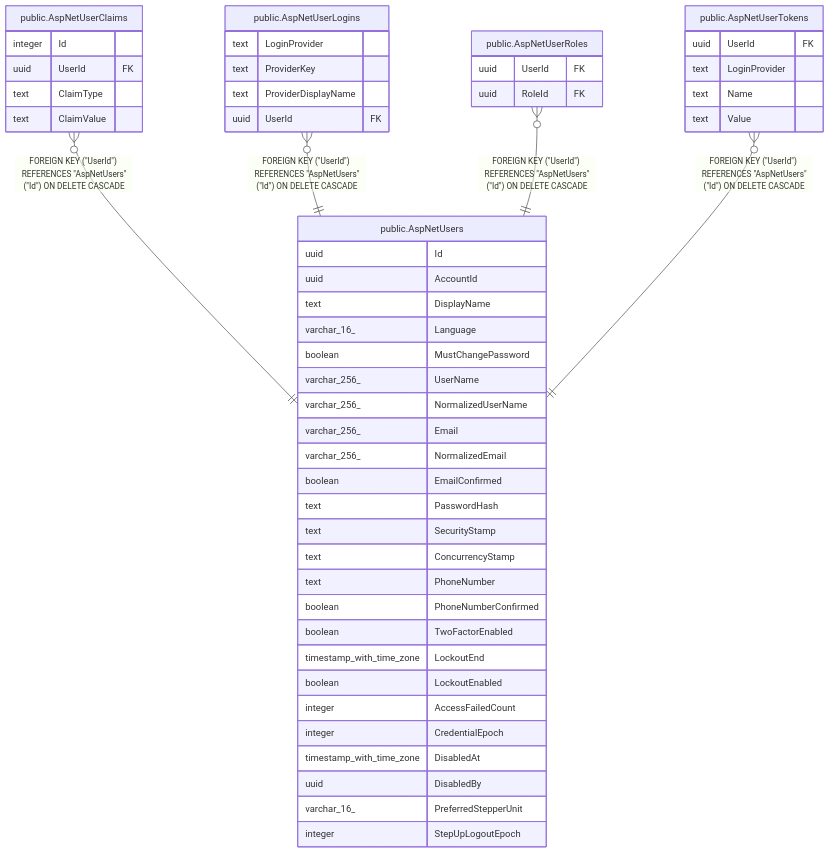
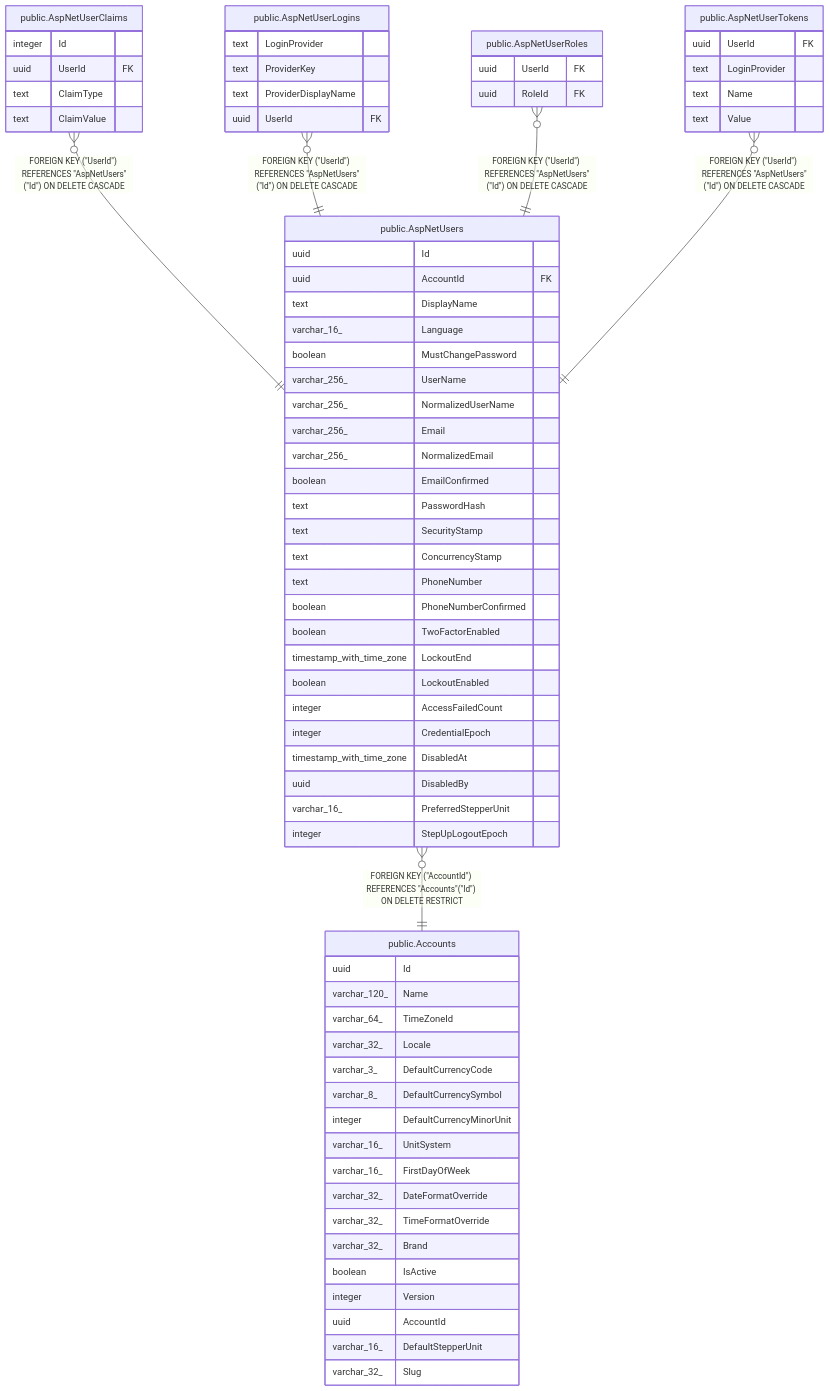
Before and after one commit to mforce/cluckwork: the diagram in docs/schema/public.AspNetUsers.md, drawn with Mermaid. The commit also changed other lines of this file and 104 other files, not shown here.

First line of the commit message:
feat!: log in by farm code, with per-account email identity (#532) (#564)

````diff
--- a/docs/schema/public.AspNetUsers.md
+++ b/docs/schema/public.AspNetUsers.md
@@ -64,57 +69,77 @@
 ```mermaid
 erDiagram
 
 "public.AspNetUserClaims" }o--|| "public.AspNetUsers" : "FOREIGN KEY (#quot;UserId#quot;) REFERENCES #quot;AspNetUsers#quot;(#quot;Id#quot;) ON DELETE CASCADE"
 "public.AspNetUserLogins" }o--|| "public.AspNetUsers" : "FOREIGN KEY (#quot;UserId#quot;) REFERENCES #quot;AspNetUsers#quot;(#quot;Id#quot;) ON DELETE CASCADE"
 "public.AspNetUserRoles" }o--|| "public.AspNetUsers" : "FOREIGN KEY (#quot;UserId#quot;) REFERENCES #quot;AspNetUsers#quot;(#quot;Id#quot;) ON DELETE CASCADE"
 "public.AspNetUserTokens" }o--|| "public.AspNetUsers" : "FOREIGN KEY (#quot;UserId#quot;) REFERENCES #quot;AspNetUsers#quot;(#quot;Id#quot;) ON DELETE CASCADE"
+"public.AspNetUsers" }o--|| "public.Accounts" : "FOREIGN KEY (#quot;AccountId#quot;) REFERENCES #quot;Accounts#quot;(#quot;Id#quot;) ON DELETE RESTRICT"
 
 "public.AspNetUsers" {
   uuid Id
-  uuid AccountId
+  uuid AccountId FK
   text DisplayName
   varchar_16_ Language
   boolean MustChangePassword
   varchar_256_ UserName
   varchar_256_ NormalizedUserName
   varchar_256_ Email
   varchar_256_ NormalizedEmail
   boolean EmailConfirmed
   text PasswordHash
   text SecurityStamp
   text ConcurrencyStamp
   text PhoneNumber
   boolean PhoneNumberConfirmed
   boolean TwoFactorEnabled
   timestamp_with_time_zone LockoutEnd
   boolean LockoutEnabled
   integer AccessFailedCount
   integer CredentialEpoch
   timestamp_with_time_zone DisabledAt
   uuid DisabledBy
   varchar_16_ PreferredStepperUnit
   integer StepUpLogoutEpoch
 }
 "public.AspNetUserClaims" {
   integer Id
   uuid UserId FK
   text ClaimType
   text ClaimValue
 }
 "public.AspNetUserLogins" {
   text LoginProvider
   text ProviderKey
   text ProviderDisplayName
   uuid UserId FK
 }
 "public.AspNetUserRoles" {
   uuid UserId FK
   uuid RoleId FK
 }
 "public.AspNetUserTokens" {
   uuid UserId FK
   text LoginProvider
   text Name
   text Value
 }
+"public.Accounts" {
+  uuid Id
+  varchar_120_ Name
+  varchar_64_ TimeZoneId
+  varchar_32_ Locale
+  varchar_3_ DefaultCurrencyCode
+  varchar_8_ DefaultCurrencySymbol
+  integer DefaultCurrencyMinorUnit
+  varchar_16_ UnitSystem
+  varchar_16_ FirstDayOfWeek
+  varchar_32_ DateFormatOverride
+  varchar_32_ TimeFormatOverride
+  varchar_32_ Brand
+  boolean IsActive
+  integer Version
+  uuid AccountId
+  varchar_16_ DefaultStepperUnit
+  varchar_32_ Slug
+}
 ```
````
